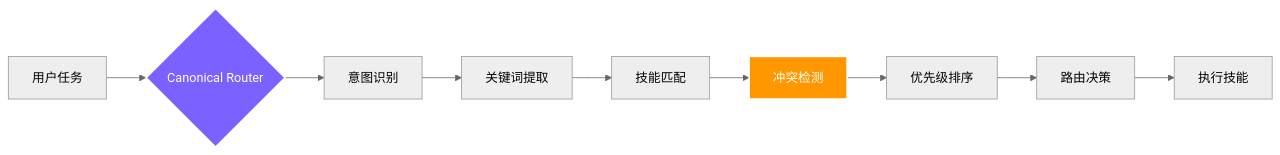
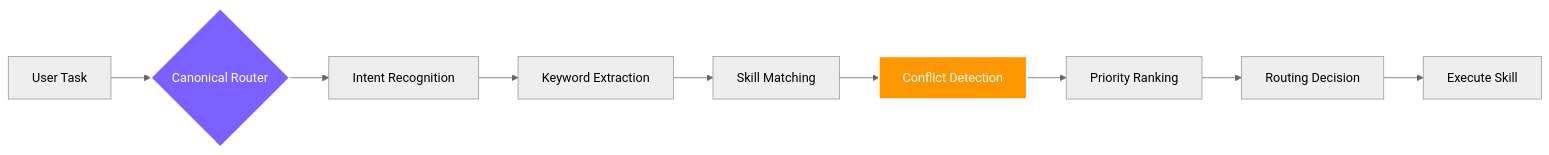
Before and after one commit to OhiraShusei/Vibe-Skills: the diagram in README.md, drawn with Mermaid (neutral theme). The commit also changed other lines of this file and 2 other files, not shown here.

````diff
--- a/README.md
+++ b/README.md
@@ -165,14 +165,14 @@
 ```mermaid
 graph LR
-    A[用户任务] --> B{Canonical Router}
-    B --> C[意图识别]
-    C --> D[关键词提取]
-    D --> E[技能匹配]
-    E --> F[冲突检测]
-    F --> G[优先级排序]
-    G --> H[路由决策]
-    H --> I[执行技能]
+    A[User Task] --> B{Canonical Router}
+    B --> C[Intent Recognition]
+    C --> D[Keyword Extraction]
+    D --> E[Skill Matching]
+    E --> F[Conflict Detection]
+    F --> G[Priority Ranking]
+    G --> H[Routing Decision]
+    H --> I[Execute Skill]
 
     style B fill:#7B61FF,stroke:#fff,stroke-width:2px,color:#fff
     style F fill:#FF9800,stroke:#fff,stroke-width:2px,color:#fff
 ```
````
